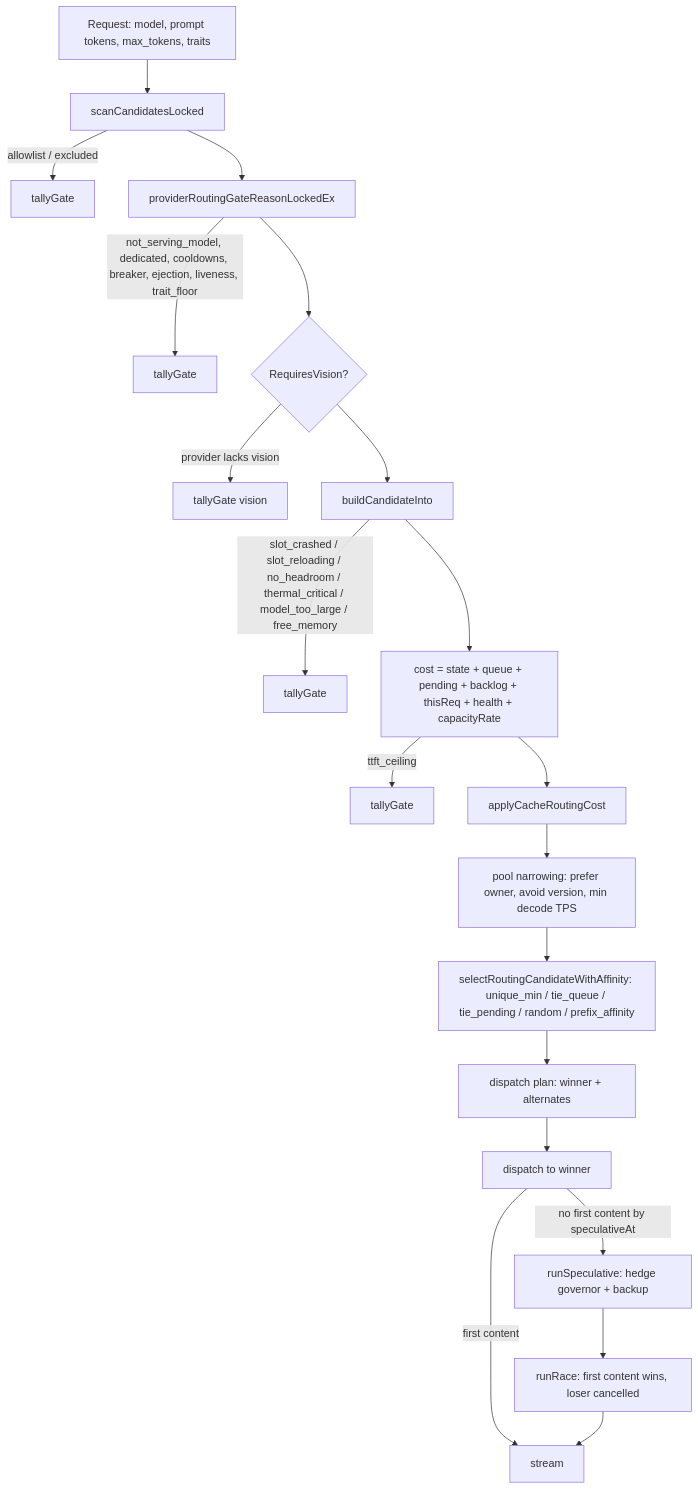
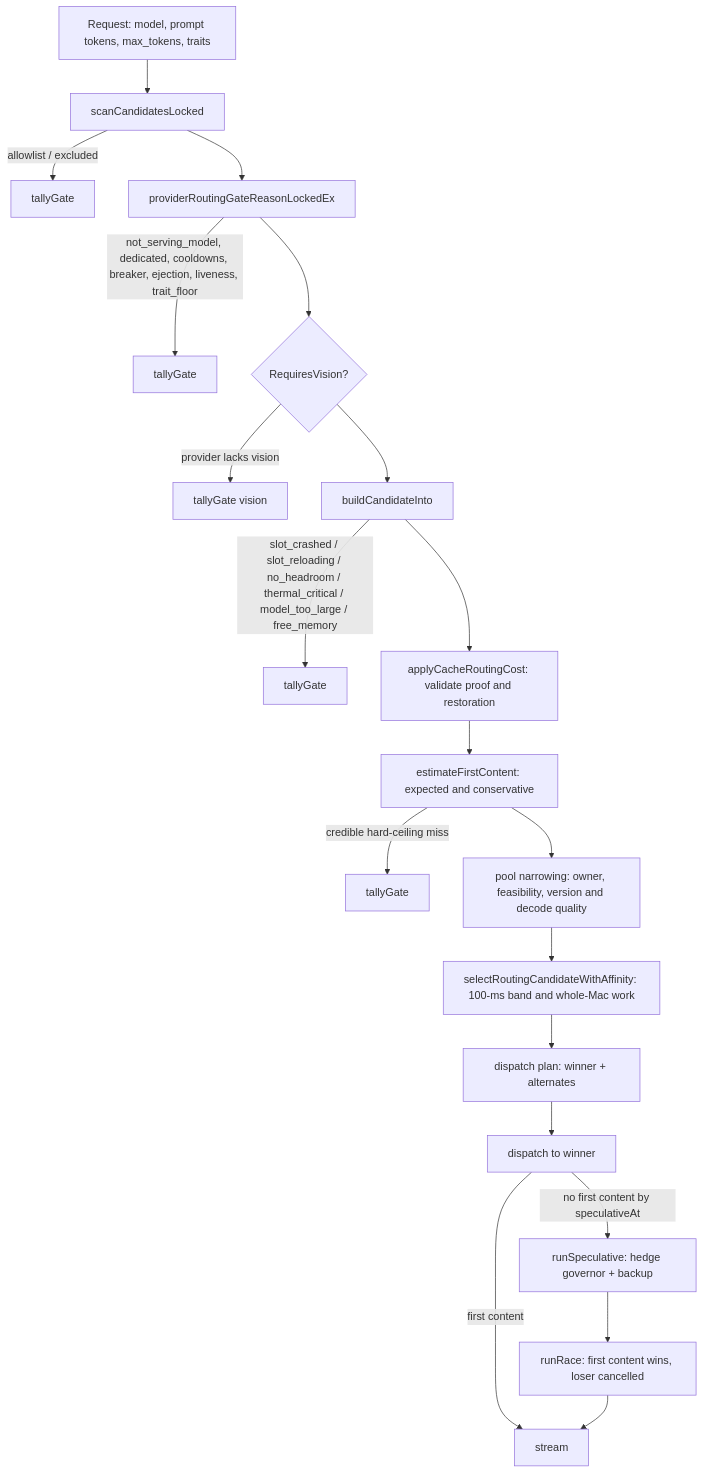
Before and after one commit to Layr-Labs/d-inference: the diagram in docs/architecture/routing.md, drawn with Mermaid. The commit also changed other lines of this file and 1 other file, not shown here.

Commit message:
Prepare upstream integration conflicts for cache stack #1214

````diff
--- a/docs/architecture/routing.md
+++ b/docs/architecture/routing.md
@@ -135,22 +154,22 @@
 ```mermaid
 flowchart TD
     R[Request: model, prompt tokens, max_tokens, traits] --> S[scanCandidatesLocked]
     S -->|allowlist / excluded| X1[tallyGate]
     S --> G[providerRoutingGateReasonLockedEx]
     G -->|not_serving_model, dedicated, cooldowns, breaker, ejection, liveness, trait_floor| X2[tallyGate]
     G --> V{RequiresVision?}
     V -->|provider lacks vision| X3[tallyGate vision]
     V --> B[buildCandidateInto]
     B -->|slot_crashed / slot_reloading / no_headroom / thermal_critical / model_too_large / free_memory| X4[tallyGate]
-    B --> C[cost = state + queue + pending + backlog + thisReq + health + capacityRate]
-    C -->|ttft_ceiling| X5[tallyGate]
-    C --> D[applyCacheRoutingCost]
-    D --> P[pool narrowing: prefer owner, avoid version, min decode TPS]
-    P --> SEL[selectRoutingCandidateWithAffinity: unique_min / tie_queue / tie_pending / random / prefix_affinity]
+    B --> D[applyCacheRoutingCost: validate proof and restoration]
+    D --> C[estimateFirstContent: expected and conservative]
+    C -->|credible hard-ceiling miss| X5[tallyGate]
+    C --> P[pool narrowing: owner, feasibility, version and decode quality]
+    P --> SEL[selectRoutingCandidateWithAffinity: 100-ms band and whole-Mac work]
     SEL --> PLAN[dispatch plan: winner + alternates]
     PLAN --> DISP[dispatch to winner]
     DISP -->|no first content by speculativeAt| H[runSpeculative: hedge governor + backup]
     H --> RACE[runRace: first content wins, loser cancelled]
     DISP -->|first content| OK[stream]
     RACE --> OK
 ```
````
